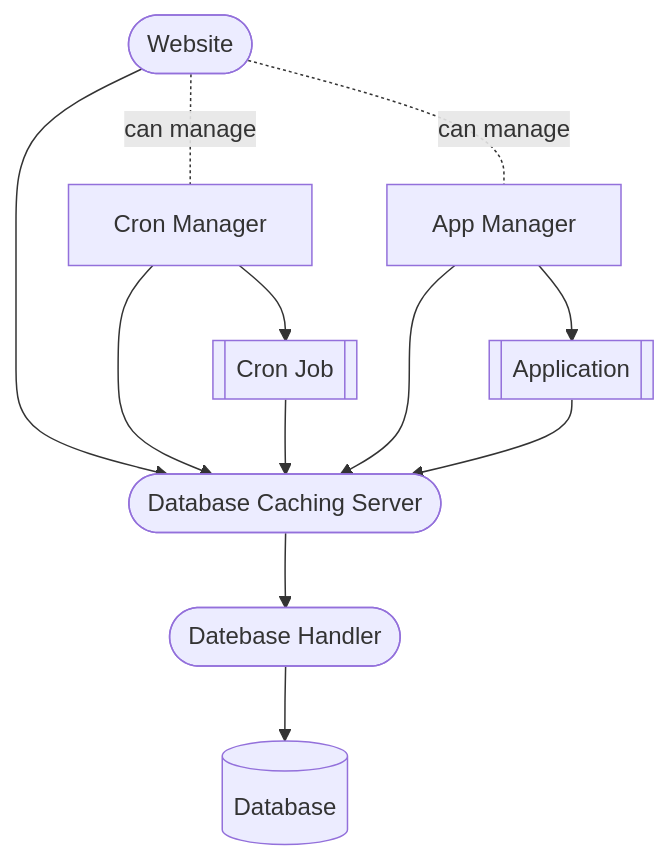
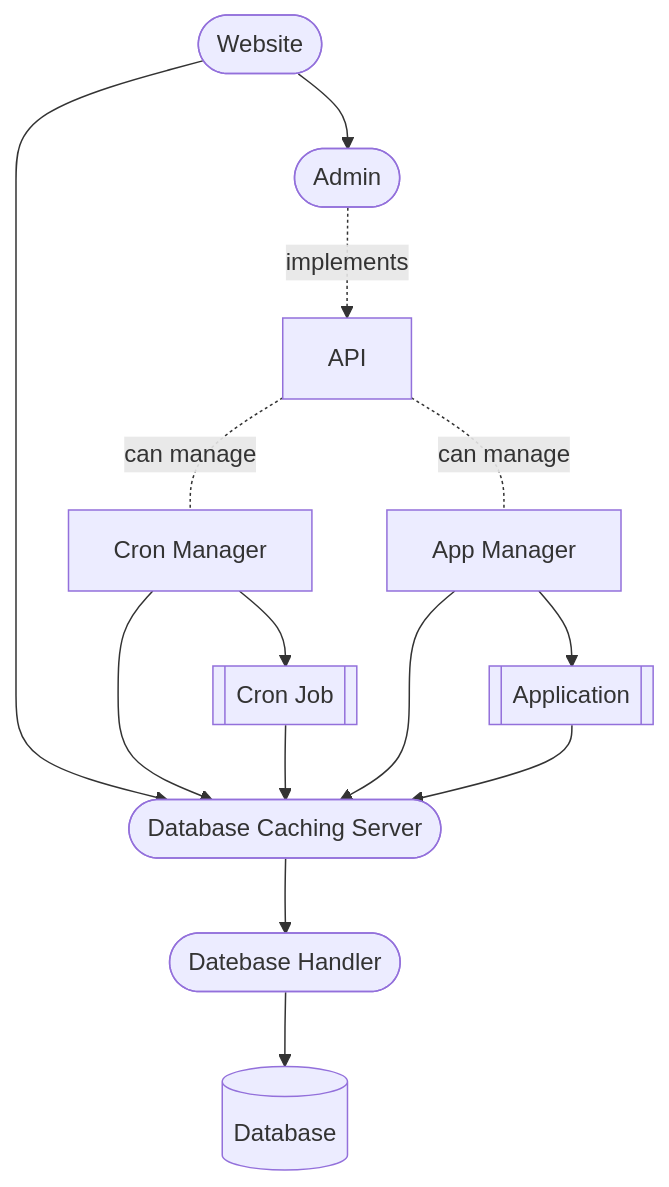
Before and after one commit to olivernybo/leviathan: the diagram in diagrams/domain.mmd, drawn with Mermaid. The commit also changed 1 other file, not shown here.

Commit message:
admin and api to domain

```diff
--- a/diagrams/domain.mmd
+++ b/diagrams/domain.mmd
@@ -1,21 +1,25 @@
 graph TD
 	db[(Database)]
 	dbh([Datebase Handler])
 	dbcache([Database Caching Server])
 	web([Website])
+	admin([Admin])
+	api[API]
 	cronmanager[Cron Manager]
 	cronjob[[Cron Job]]
 	appmanager[App Manager]
 	app[[Application]]
 
 	web-->dbcache
-	web-.-|can manage|cronmanager
-	web-.-|can manage|appmanager
+	web-->admin
+	admin-.->|implements|api
+	api-.-|can manage|cronmanager
+	api-.-|can manage|appmanager
 	cronmanager-->dbcache
 	cronmanager-->cronjob
 	cronjob-->dbcache
 	appmanager-->dbcache
 	appmanager-->app
 	app-->dbcache
 	dbcache-->dbh
 	dbh-->db
```
